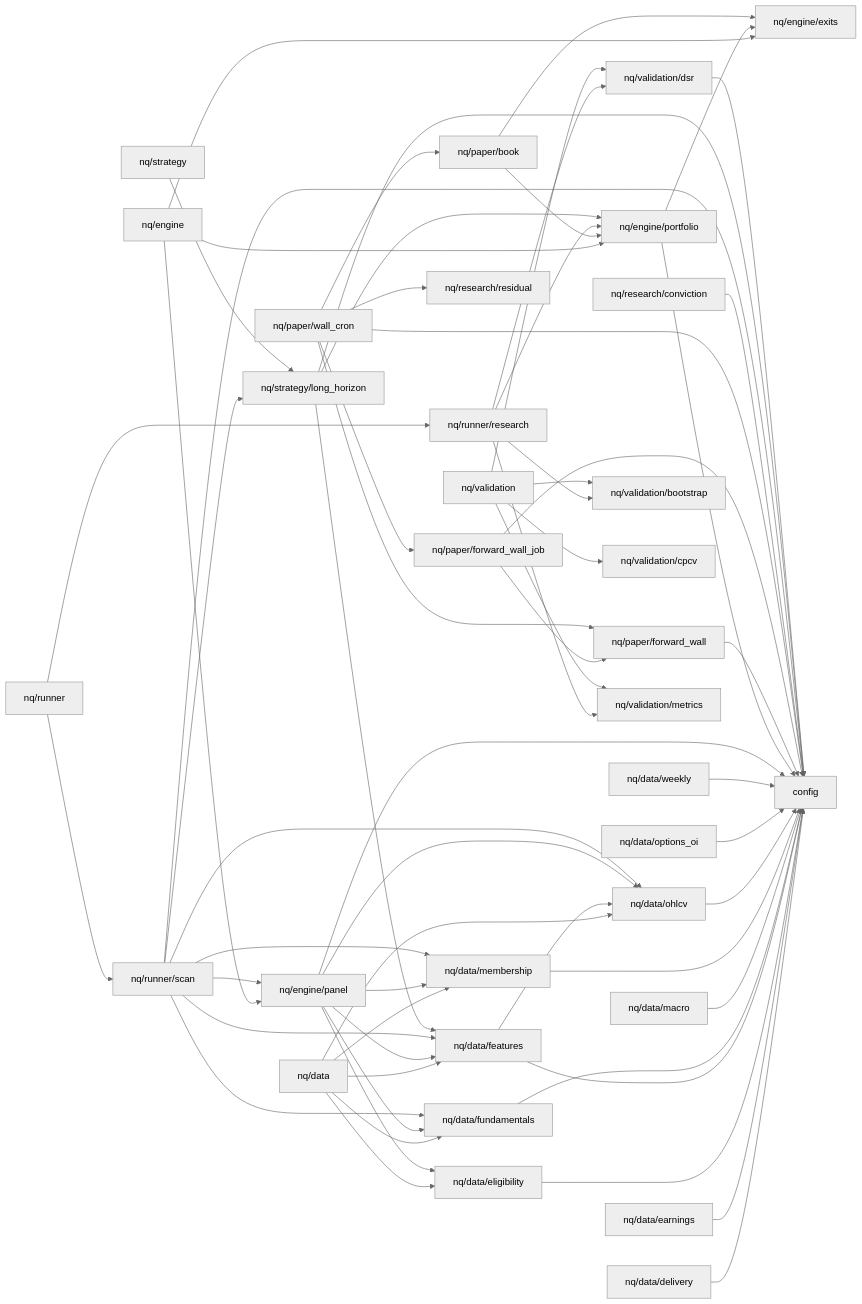
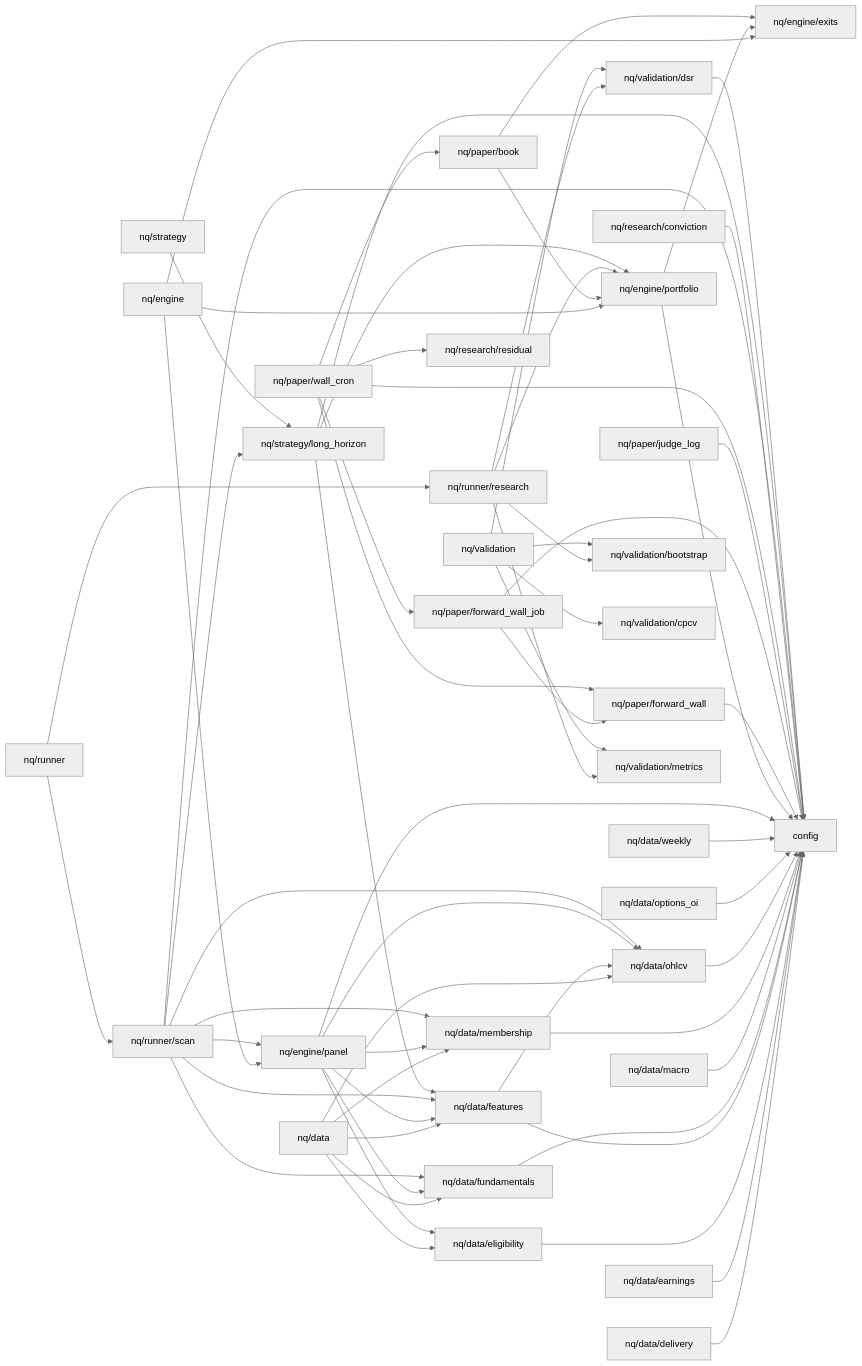
Before and after one commit to kreeshpatel/nifty-satvik: the diagram in docs/DEPENDENCY_MAP.md, drawn with Mermaid (neutral theme). The commit also changed 9 other files, not shown here.

```diff
--- a/docs/DEPENDENCY_MAP.md
+++ b/docs/DEPENDENCY_MAP.md
@@ -27,6 +27,7 @@
     nq_paper_book["nq/paper/book"]
     nq_paper_forward_wall["nq/paper/forward_wall"]
     nq_paper_forward_wall_job["nq/paper/forward_wall_job"]
+    nq_paper_judge_log["nq/paper/judge_log"]
     nq_paper_wall_cron["nq/paper/wall_cron"]
     nq_research_conviction["nq/research/conviction"]
     nq_research_residual["nq/research/residual"]
@@ -72,6 +73,7 @@
     nq_paper_forward_wall --> config
     nq_paper_forward_wall_job --> config
     nq_paper_forward_wall_job --> nq_paper_forward_wall
+    nq_paper_judge_log --> config
     nq_paper_wall_cron --> config
     nq_paper_wall_cron --> nq_paper_book
     nq_paper_wall_cron --> nq_paper_forward_wall
```
